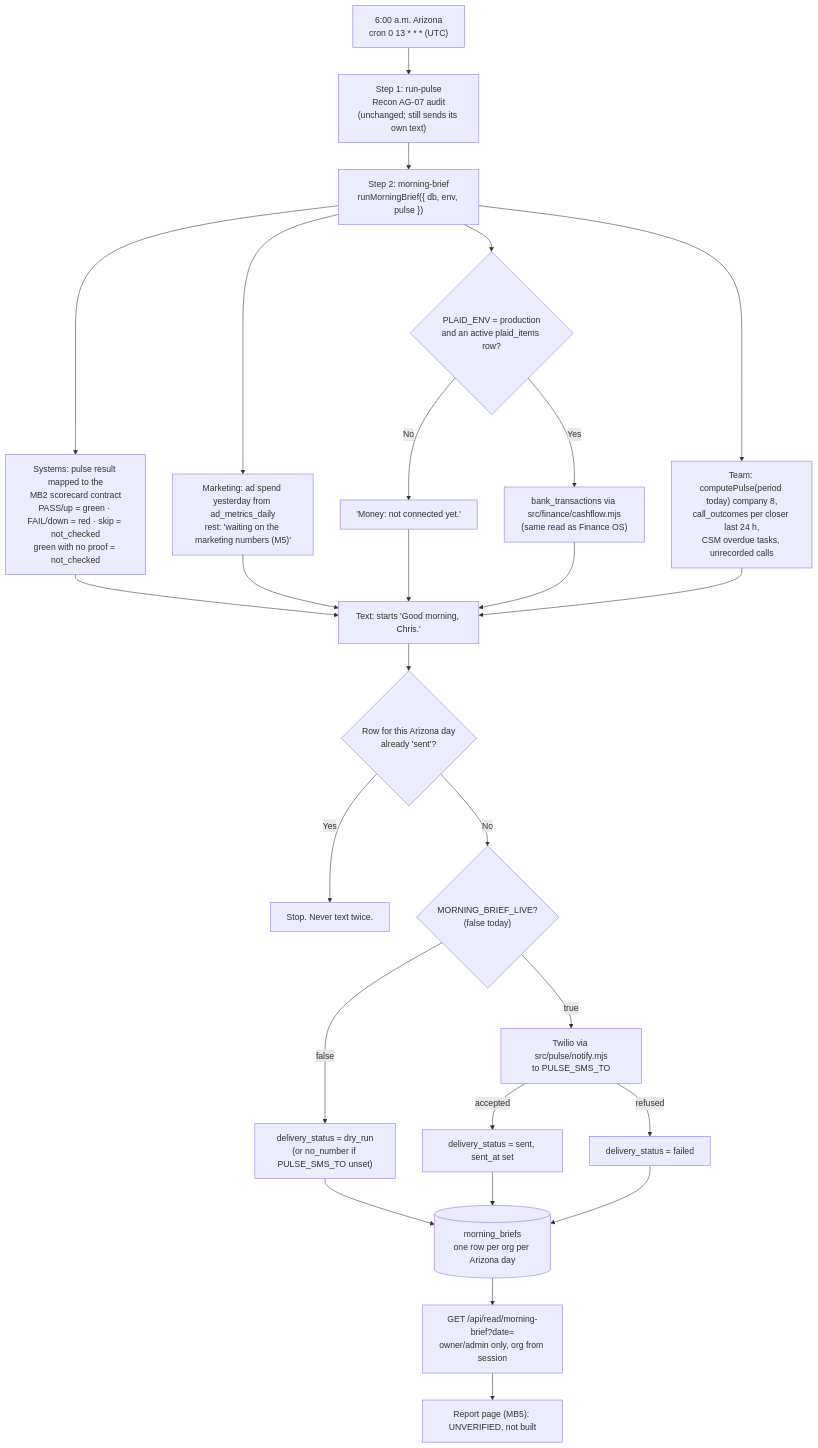
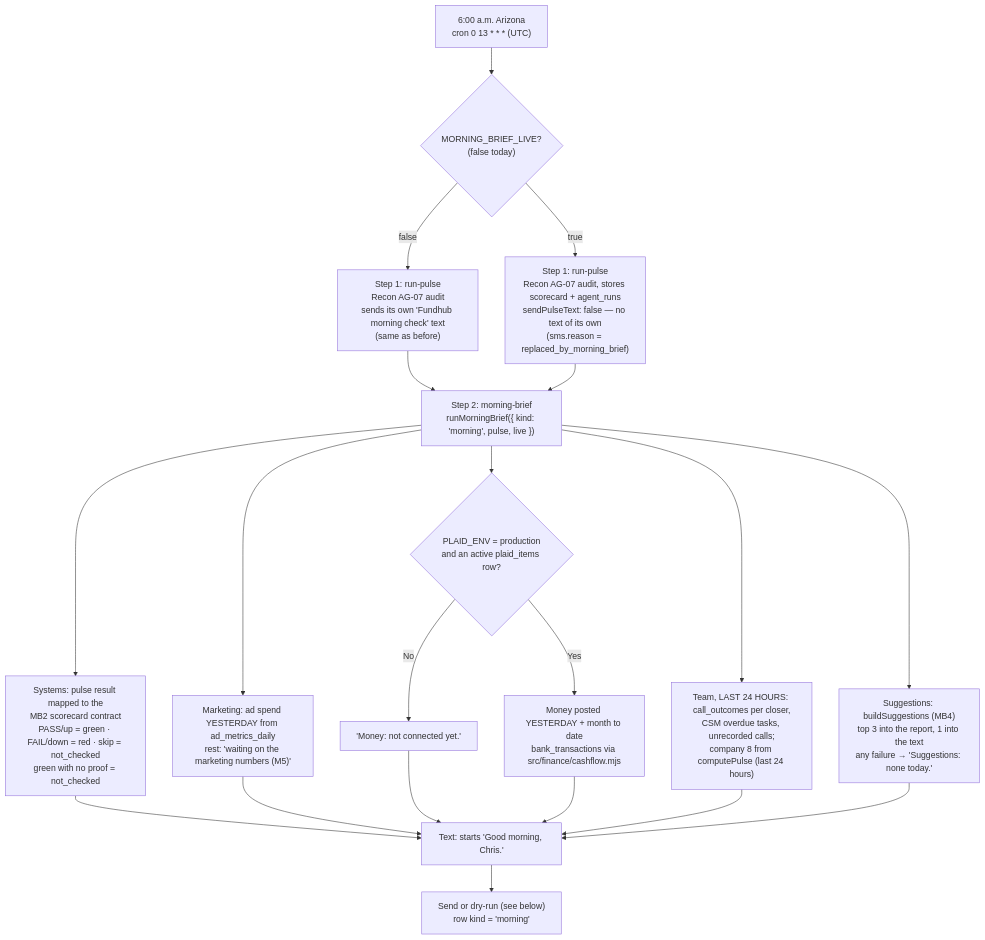
The first of 4 diagrams in docs/journeys/morning-brief-flow.md (ZootimusMaximusSupreme/Fundhub_ai), drawn with Mermaid before and after one commit. The commit also changed other lines of this file and 3 other files, not shown here.

First line of the commit message:
MB6: fill the brief's Suggestions slot from MB4's buildSuggestions (top 3 report, 1 in text, failure says none today); flow doc for morning + evening

````diff
--- a/docs/journeys/morning-brief-flow.md
+++ b/docs/journeys/morning-brief-flow.md
@@ -9,28 +15,22 @@
 ```mermaid
 flowchart TD
-    CRON["6:00 a.m. Arizona<br/>cron 0 13 * * * (UTC)"] --> P1["Step 1: run-pulse<br/>Recon AG-07 audit<br/>(unchanged; still sends its own text)"]
-    P1 --> P2["Step 2: morning-brief<br/>runMorningBrief({ db, env, pulse })"]
+    CRON["6:00 a.m. Arizona<br/>cron 0 13 * * * (UTC)"] --> LIVEQ{"MORNING_BRIEF_LIVE?<br/>(false today)"}
+    LIVEQ -->|false| P1A["Step 1: run-pulse<br/>Recon AG-07 audit<br/>sends its own 'Fundhub morning check' text<br/>(same as before)"]
+    LIVEQ -->|true| P1B["Step 1: run-pulse<br/>Recon AG-07 audit, stores scorecard + agent_runs<br/>sendPulseText: false — no text of its own<br/>(sms.reason = replaced_by_morning_brief)"]
+    P1A --> P2["Step 2: morning-brief<br/>runMorningBrief({ kind: 'morning', pulse, live })"]
+    P1B --> P2
     P2 --> SYS["Systems: pulse result mapped to the<br/>MB2 scorecard contract<br/>PASS/up = green · FAIL/down = red · skip = not_checked<br/>green with no proof = not_checked"]
-    P2 --> MKT["Marketing: ad spend yesterday from ad_metrics_daily<br/>rest: 'waiting on the marketing numbers (M5)'"]
+    P2 --> MKT["Marketing: ad spend YESTERDAY from ad_metrics_daily<br/>rest: 'waiting on the marketing numbers (M5)'"]
     P2 --> MON{"PLAID_ENV = production<br/>and an active plaid_items row?"}
     MON -->|No| MON0["'Money: not connected yet.'"]
-    MON -->|Yes| MON1["bank_transactions via src/finance/cashflow.mjs<br/>(same read as Finance OS)"]
-    P2 --> TEAM["Team: computePulse(period today) company 8,<br/>call_outcomes per closer last 24 h,<br/>CSM overdue tasks, unrecorded calls"]
+    MON -->|Yes| MON1["Money posted YESTERDAY + month to date<br/>bank_transactions via src/finance/cashflow.mjs"]
+    P2 --> TEAM["Team, LAST 24 HOURS: call_outcomes per closer,<br/>CSM overdue tasks, unrecorded calls;<br/>company 8 from computePulse (last 24 hours)"]
+    P2 --> SUG["Suggestions: buildSuggestions (MB4)<br/>top 3 into the report, 1 into the text<br/>any failure → 'Suggestions: none today.'"]
     SYS --> TXT["Text: starts 'Good morning, Chris.'"]
     MKT --> TXT
     MON0 --> TXT
     MON1 --> TXT
     TEAM --> TXT
-    TXT --> SENT{"Row for this Arizona day<br/>already 'sent'?"}
-    SENT -->|Yes| STOP["Stop. Never text twice."]
-    SENT -->|No| LIVE{"MORNING_BRIEF_LIVE?<br/>(false today)"}
-    LIVE -->|false| DRY["delivery_status = dry_run<br/>(or no_number if PULSE_SMS_TO unset)"]
-    LIVE -->|true| SMS["Twilio via src/pulse/notify.mjs<br/>to PULSE_SMS_TO"]
-    SMS -->|accepted| S1["delivery_status = sent, sent_at set"]
-    SMS -->|refused| S2["delivery_status = failed"]
-    DRY --> ROW[("morning_briefs<br/>one row per org per Arizona day")]
-    S1 --> ROW
-    S2 --> ROW
-    ROW --> READ["GET /api/read/morning-brief?date=<br/>owner/admin only, org from session"]
-    READ --> PAGE["Report page (MB5): UNVERIFIED, not built"]
+    SUG --> TXT
+    TXT --> SEND["Send or dry-run (see below)<br/>row kind = 'morning'"]
 ```
````
